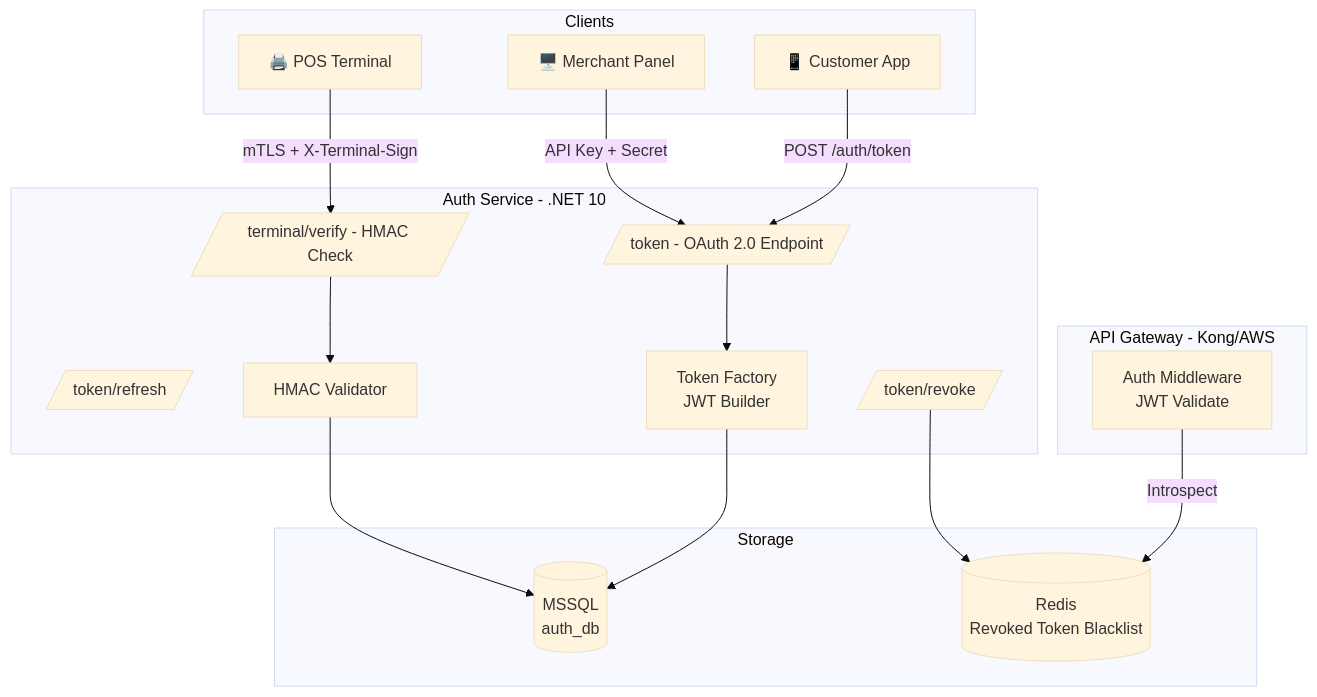
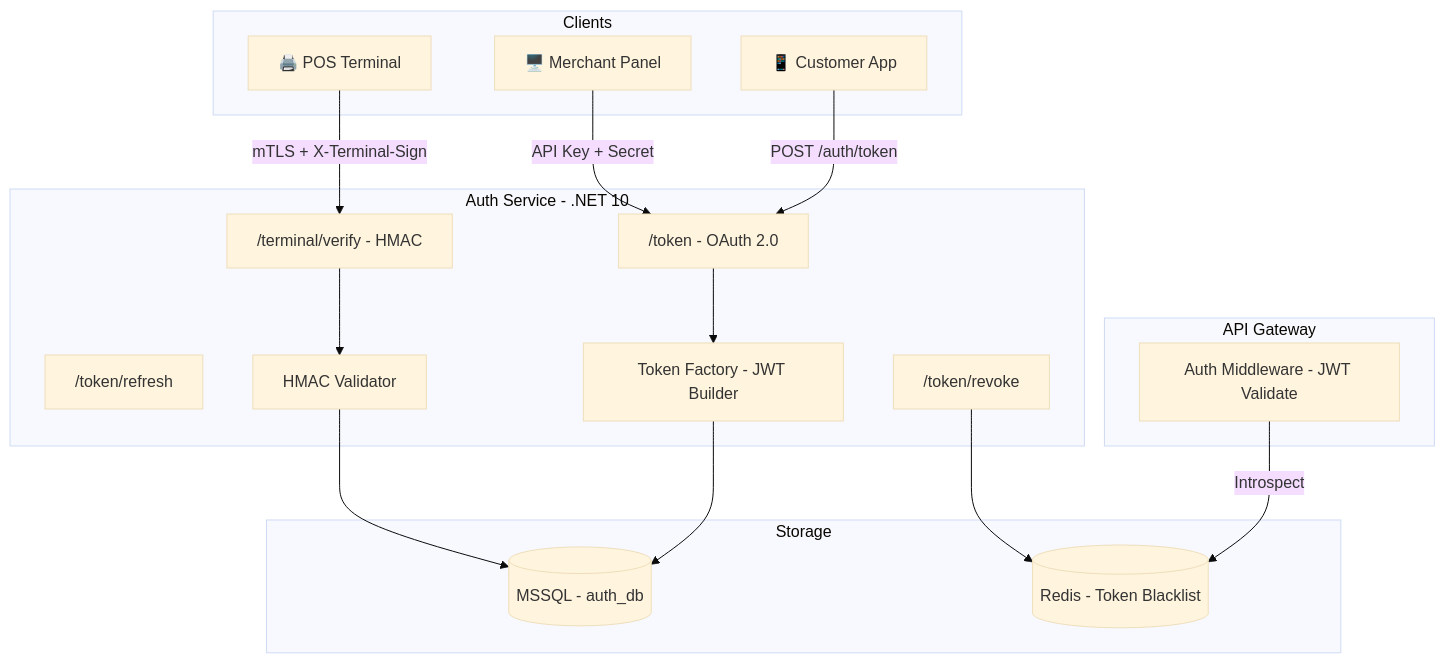
Before and after one commit to js-lover/qr-payment-system: the first of 6 diagrams in docs/01-auth-service/README.md, drawn with Mermaid (base theme). The commit also changed 8 other files, not shown here.

First line of the commit message:
fix: resolve Mermaid diagram parse errors on GitHub

````diff
--- a/docs/01-auth-service/README.md
+++ b/docs/01-auth-service/README.md
@@ -35,34 +35,34 @@
 ```mermaid
 graph TD
     subgraph Clients
         A[📱 Customer App]
         B[🖥️ Merchant Panel]
         C[🖨️ POS Terminal]
     end
 
-    subgraph API Gateway [API Gateway - Kong/AWS]
-        D[Auth Middleware\nJWT Validate]
+    subgraph API Gateway [API Gateway]
+        D[Auth Middleware - JWT Validate]
     end
 
     subgraph AuthService [Auth Service - .NET 10]
-        E[/token - OAuth 2.0 Endpoint/]
-        F[/token/refresh/]
-        G[/token/revoke/]
-        H[/terminal/verify - HMAC Check/]
-        I[Token Factory\nJWT Builder]
+        E["/token - OAuth 2.0"]
+        F["/token/refresh"]
+        G["/token/revoke"]
+        H["/terminal/verify - HMAC"]
+        I[Token Factory - JWT Builder]
         J[HMAC Validator]
     end
 
     subgraph Storage
-        K[(MSSQL\nauth_db)]
-        L[(Redis\nRevoked Token Blacklist)]
+        K[(MSSQL - auth_db)]
+        L[(Redis - Token Blacklist)]
     end
 
     A -->|POST /auth/token| E
     B -->|API Key + Secret| E
     C -->|mTLS + X-Terminal-Sign| H
     E --> I --> K
     H --> J --> K
     D -->|Introspect| L
     G --> L
 ```
````
